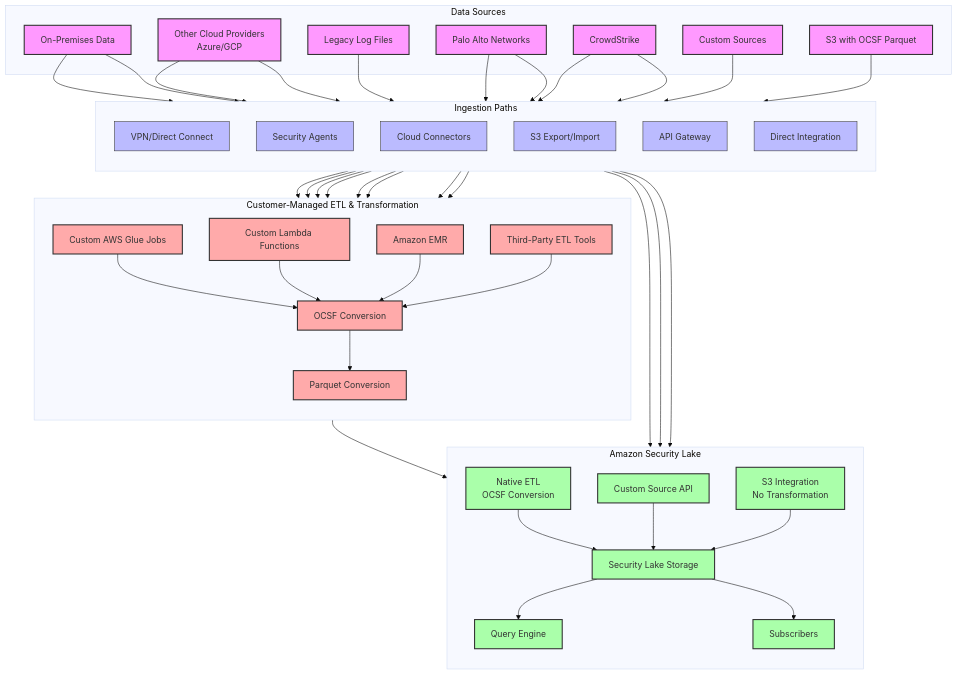
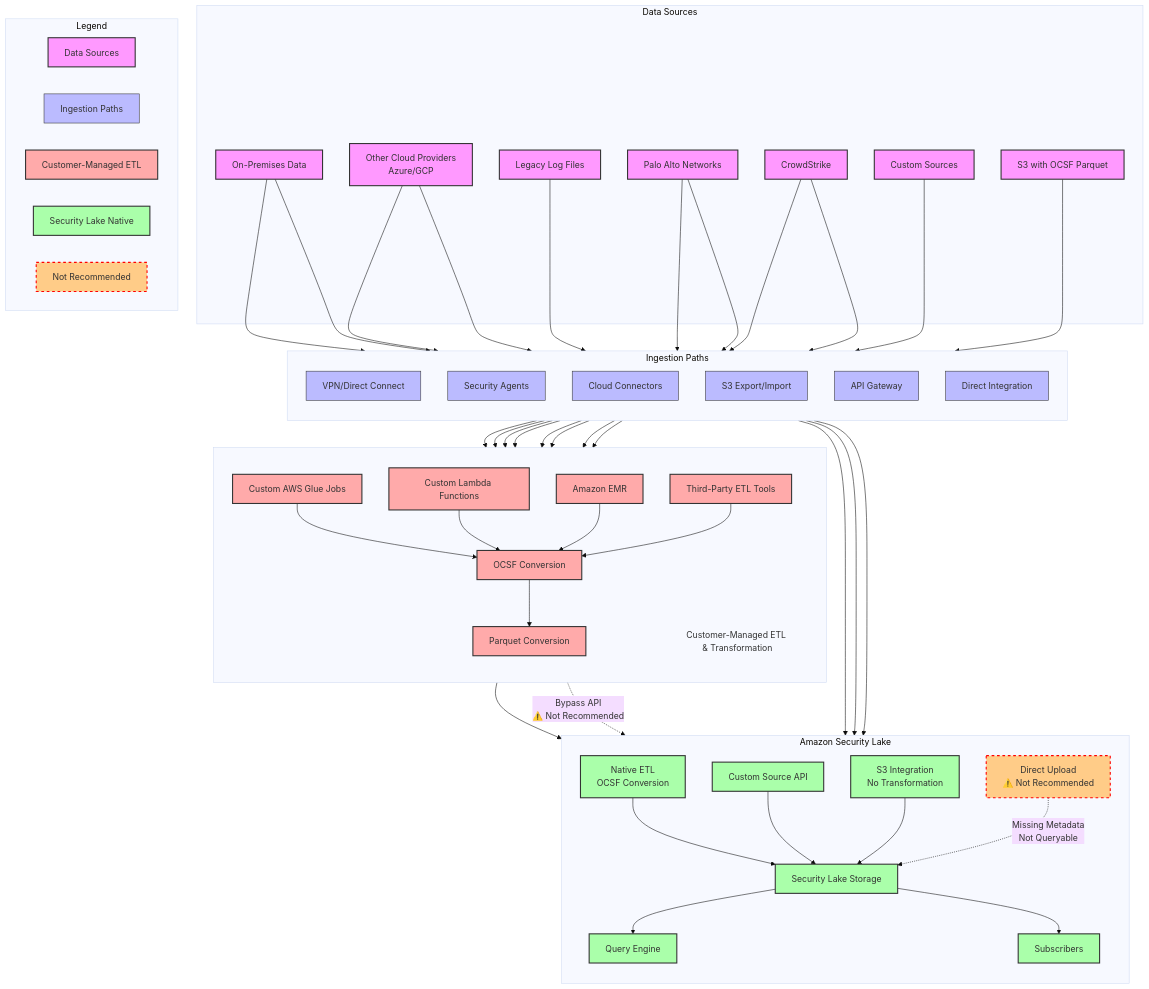
The ninth of 9 diagrams in integration.md (hugger-beep/slake), drawn with Mermaid (base theme) before and after one commit.

````diff
--- a/integration.md
+++ b/integration.md
@@ -316,7 +316,7 @@
     end
 
     %% Customer-Managed ETL with OCSF Transformation
-    subgraph "Customer-Managed ETL & Transformation" 
+    subgraph CustomerETL[" "]
         direction TB
         CustomGlue[Custom AWS Glue Jobs]
         CustomLambda[Custom Lambda Functions]
@@ -324,6 +324,7 @@
         ThirdParty[Third-Party ETL Tools]
         OCSFConversion[OCSF Conversion]
         ParquetConversion[Parquet Conversion]
+        CustomerETLLabel[Customer-Managed ETL & Transformation]
     end
 
     %% Security Lake Components
@@ -332,6 +333,7 @@
         NativeETL[Native ETL\nOCSF Conversion]
         CustomSourceAPI[Custom Source API]
         S3Integration[S3 Integration\nNo Transformation]
+        DirectUpload[Direct Upload\n⚠️ Not Recommended]
         SecLakeStorage[Security Lake Storage]
         QueryEngine[Query Engine]
         Subscribers[Subscribers]
@@ -370,15 +372,27 @@
     ThirdParty --> OCSFConversion
     OCSFConversion --> ParquetConversion
     
-    %% ETL to Security Lake connections
+    %% ETL to Security Lake connections - Multiple paths
     ParquetConversion --> CustomSourceAPI
+    ParquetConversion -.->|Bypass API\n⚠️ Not Recommended| DirectUpload
     
     %% Security Lake internal connections
     NativeETL --> SecLakeStorage
     CustomSourceAPI --> SecLakeStorage
     S3Integration --> SecLakeStorage
+    DirectUpload -.->|Missing Metadata\nNot Queryable| SecLakeStorage
     SecLakeStorage --> QueryEngine
     SecLakeStorage --> Subscribers
+
+    %% Legend
+    subgraph "Legend"
+        direction LR
+        DS[Data Sources]:::sources
+        IP[Ingestion Paths]:::ingestion
+        CMET[Customer-Managed ETL]:::customerETL
+        SL[Security Lake Native]:::securityLake
+        NR[Not Recommended]:::notRecommended
+    end
 
     %% Styling
     classDef sources fill:#f9f,stroke:#333,stroke-width:2px
@@ -386,10 +400,15 @@
     classDef customerETL fill:#ffaaaa,stroke:#333,stroke-width:2px
     classDef securityLake fill:#aaffaa,stroke:#333,stroke-width:2px
     classDef transformation fill:#ffcc88,stroke:#333,stroke-width:1px
+    classDef labelNode fill:none,stroke:none
+    classDef notRecommended fill:#ffcc88,stroke:#f00,stroke-width:2px,stroke-dasharray: 5 5
     
     class OnPrem,CSP,Legacy,PaloAlto,CrowdStrike,CustomSrc,S3OCSF sources
     class VPN,Agents,CloudConn,S3Export,APIGw,DirectInt ingestion
     class CustomGlue,CustomLambda,EMR,ThirdParty,OCSFConversion,ParquetConversion customerETL
     class NativeETL,CustomSourceAPI,S3Integration,SecLakeStorage,QueryEngine,Subscribers securityLake
+    class CustomerETLLabel labelNode
+    class DirectUpload,NR notRecommended
+
 
 ```
````
